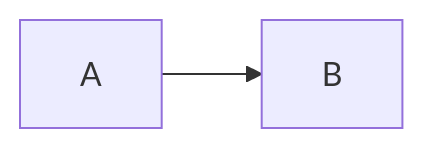
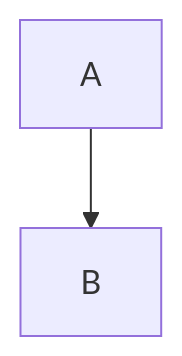
The second of 15 diagrams in dailyskill.md (knd11/learning), drawn with Mermaid before and after one commit. The commit also changed other lines of this file and 65 other files, not shown here.

````diff
--- a/dailyskill.md
+++ b/dailyskill.md
@@ -638,4 +634,4 @@
-```mermaid
-graph LR
+~~~mermaid
+graph TD
    A --> B 
-```
+~~~
````
